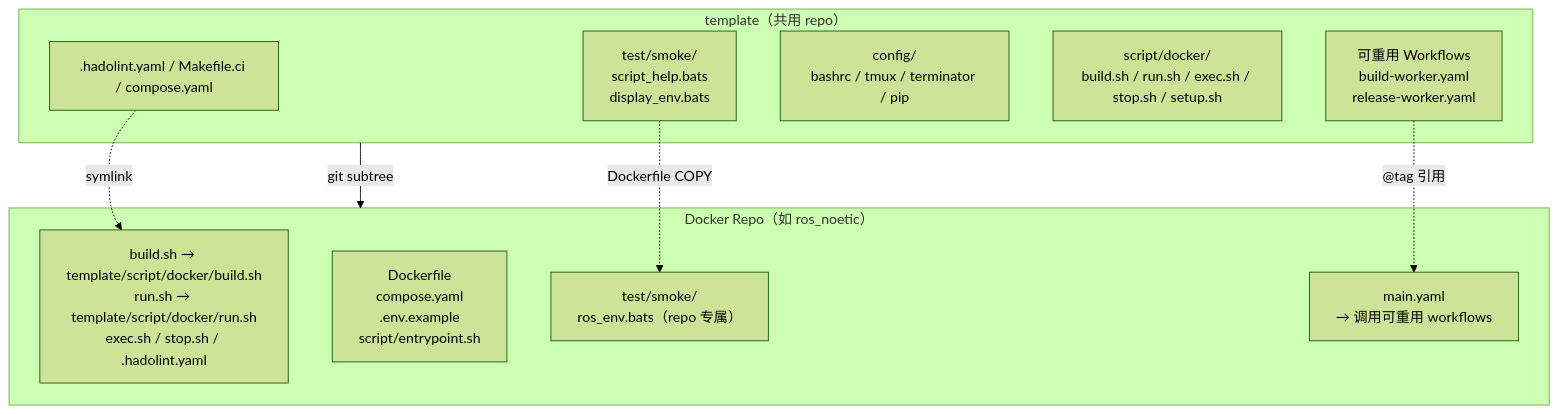
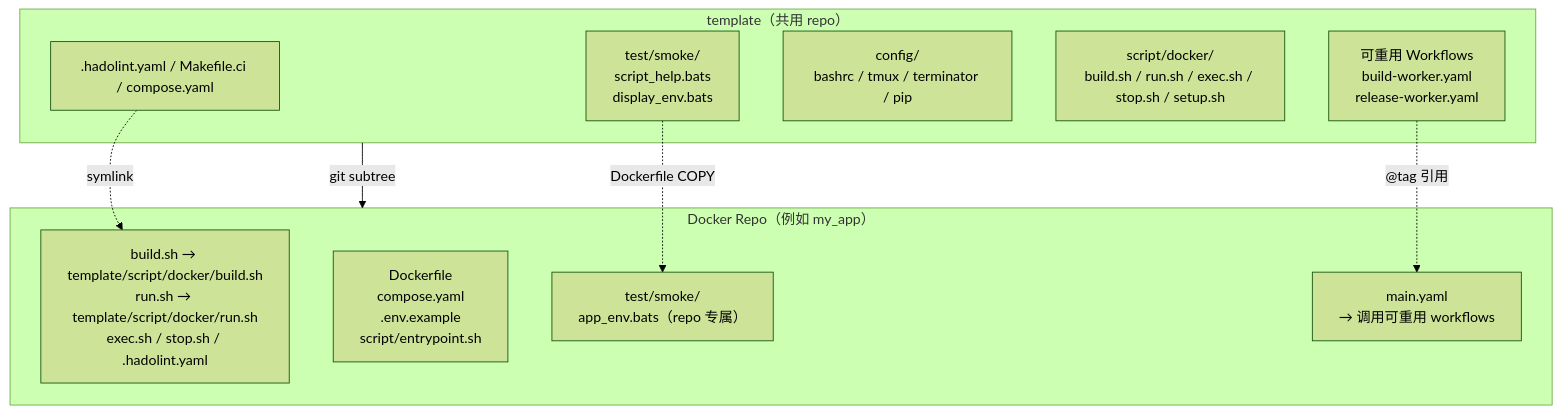
One commit to ycpss91255-docker/base changed the first of 2 diagrams in doc/readme/README.zh-CN.md. Above: the diagram before and after it, drawn with Mermaid (forest theme). The commit also changed other lines of this file and 11 other files, not shown here.

````diff
--- a/doc/readme/README.zh-CN.md
+++ b/doc/readme/README.zh-CN.md
@@ -56,22 +56,22 @@
 ```mermaid
 graph TB
     subgraph template["template（共用 repo）"]
         scripts[".hadolint.yaml / Makefile.ci / compose.yaml"]
         smoke["test/smoke/<br/>script_help.bats<br/>display_env.bats"]
         config["config/<br/>bashrc / tmux / terminator / pip"]
         mgmt["script/docker/<br/>build.sh / run.sh / exec.sh / stop.sh / setup.sh"]
         workflows["可重用 Workflows<br/>build-worker.yaml<br/>release-worker.yaml"]
     end
 
-    subgraph consumer["Docker Repo（如 ros_noetic）"]
+    subgraph consumer["Docker Repo（例如 my_app）"]
         symlinks["build.sh → template/script/docker/build.sh<br/>run.sh → template/script/docker/run.sh<br/>exec.sh / stop.sh / .hadolint.yaml"]
         dockerfile["Dockerfile<br/>compose.yaml<br/>.env.example<br/>script/entrypoint.sh"]
-        repo_test["test/smoke/<br/>ros_env.bats（repo 专属）"]
+        repo_test["test/smoke/<br/>app_env.bats（repo 专属）"]
         main_yaml["main.yaml<br/>→ 调用可重用 workflows"]
     end
 
     template -- "git subtree" --> consumer
     scripts -. "symlink" .-> symlinks
     smoke -. "Dockerfile COPY" .-> repo_test
     workflows -. "@tag 引用" .-> main_yaml
 ```
````
